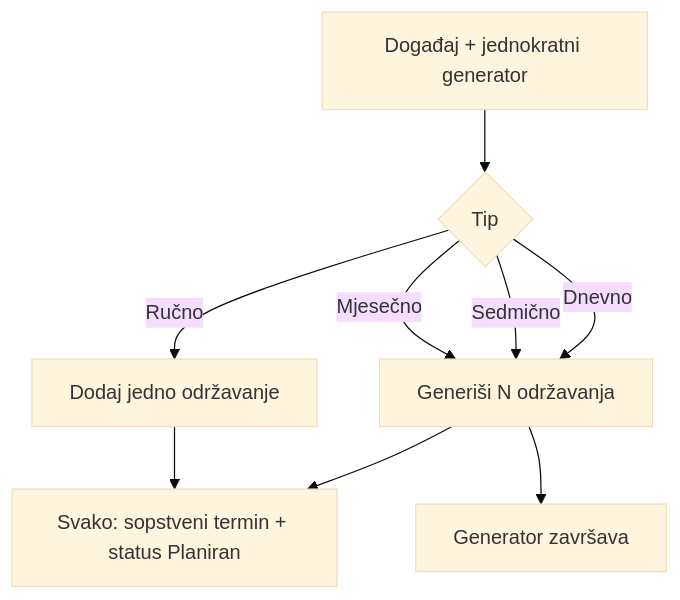
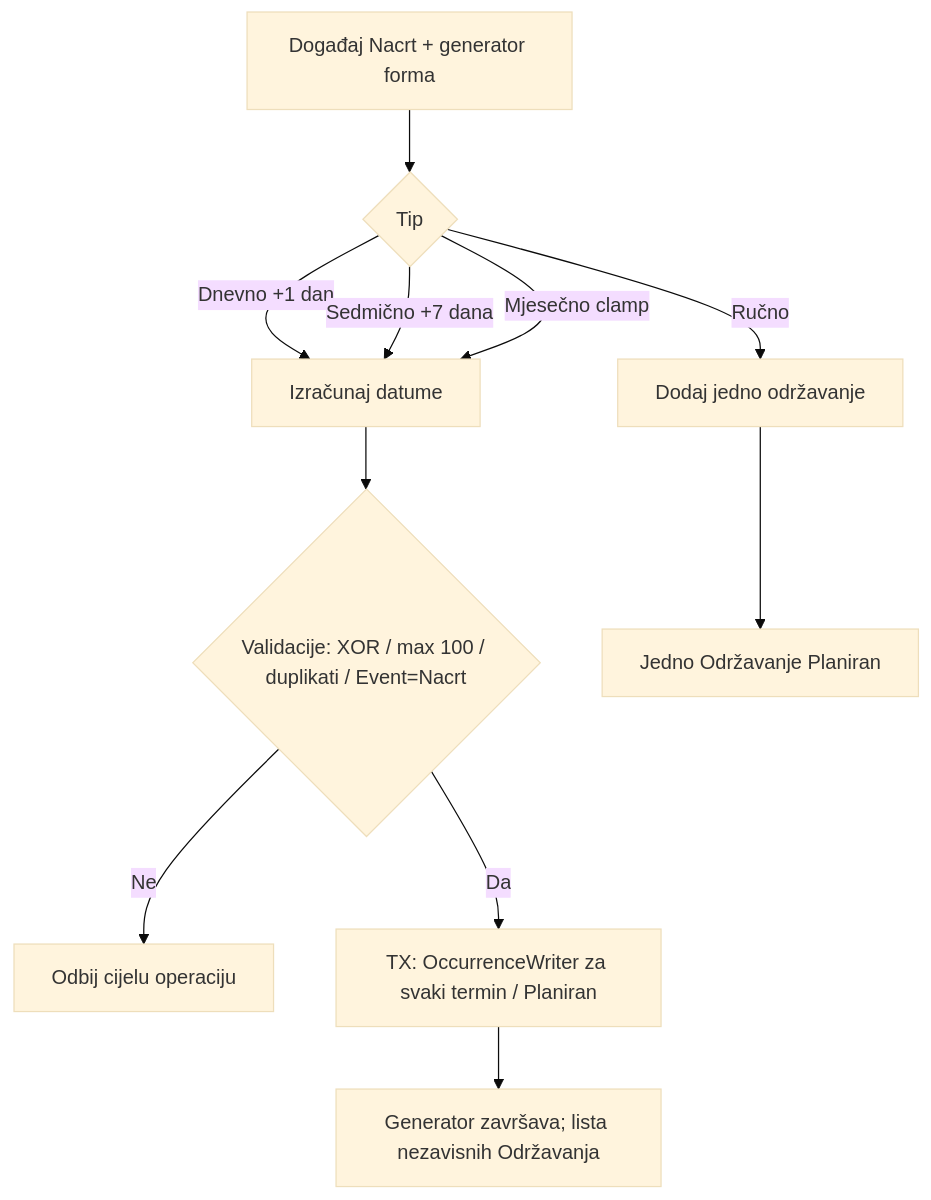
One commit to GoranOpK/digital.kotor.me changed the third of 6 diagrams in docs/technical-specifications/Technical-Specification_Odrzavanje.md. Above: the diagram before and after it, drawn with Mermaid (base theme). The commit also changed other lines of this file and 5 other files, not shown here.

Commit message:
docs(calendar): define occurrence generator rules

````diff
--- a/docs/technical-specifications/Technical-Specification_Odrzavanje.md
+++ b/docs/technical-specifications/Technical-Specification_Odrzavanje.md
@@ -496,11 +535,13 @@
 ```mermaid
 flowchart TD
-  A[Događaj + jednokratni generator] --> B{Tip}
-  B -->|Dnevno| C[Generiši N održavanja]
-  B -->|Sedmično| C
-  B -->|Mjesečno| C
+  A[Događaj Nacrt + generator forma] --> B{Tip}
+  B -->|Dnevno +1 dan| C[Izračunaj datume]
+  B -->|Sedmično +7 dana| C
+  B -->|Mjesečno clamp| C
   B -->|Ručno| D[Dodaj jedno održavanje]
-  C --> E[Svako: sopstveni termin + status Planiran]
-  C --> F[Generator završava]
-  D --> E
+  C --> V{Validacije: XOR / max 100 / duplikati / Event=Nacrt}
+  V -->|Ne| X[Odbij cijelu operaciju]
+  V -->|Da| E[TX: OccurrenceWriter za svaki termin / Planiran]
+  E --> F[Generator završava; lista nezavisnih Održavanja]
+  D --> E2[Jedno Održavanje Planiran]
 ```
````
